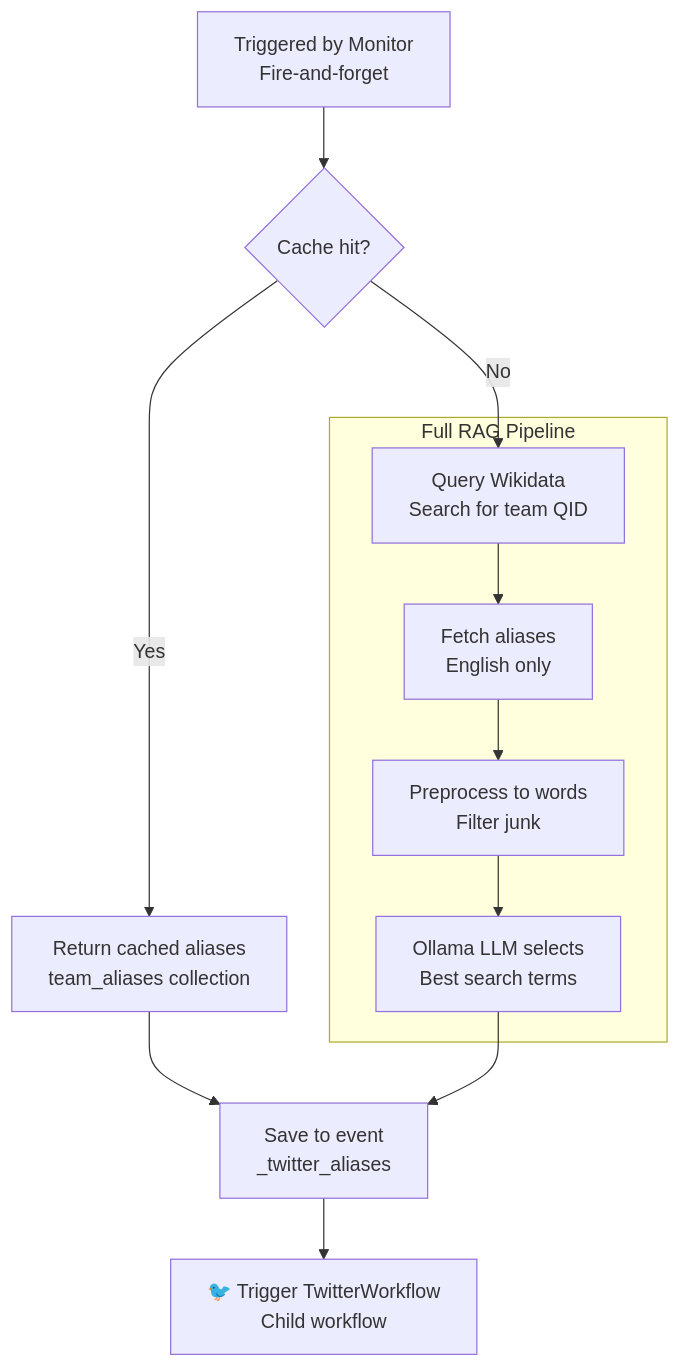
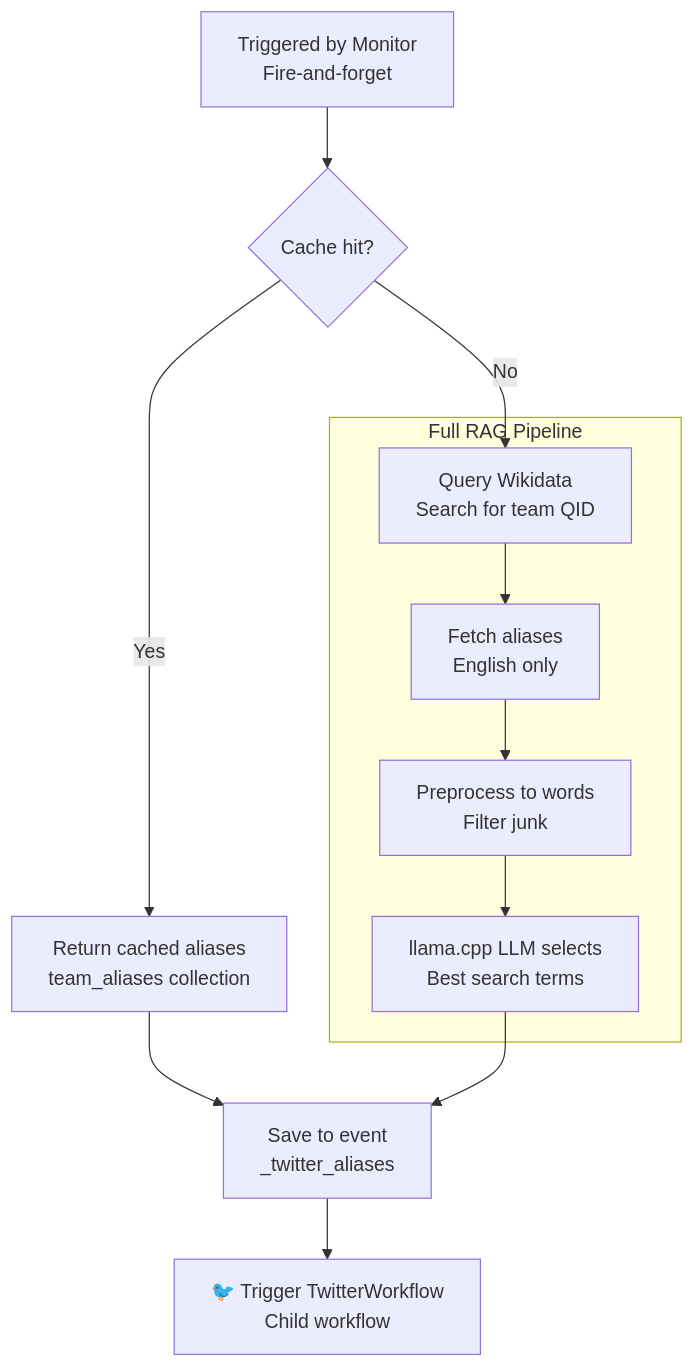
Diagram 11 of 13 in README.md (vedantadhobley/found-footy), drawn with Mermaid before and after one commit. The commit also changed other lines of this file and 20 other files, not shown here.

````diff
--- a/README.md
+++ b/README.md
@@ -520,22 +516,22 @@
 ```mermaid
 flowchart TB
     TRIGGER[Triggered by Monitor<br/>Fire-and-forget]
     
     CACHE{Cache hit?}
     CACHED[Return cached aliases<br/>team_aliases collection]
     
     subgraph RAG["Full RAG Pipeline"]
         WIKI[Query Wikidata<br/>Search for team QID]
         FETCH[Fetch aliases<br/>English only]
         PREPROCESS[Preprocess to words<br/>Filter junk]
-        LLM[Ollama LLM selects<br/>Best search terms]
+        LLM[llama.cpp LLM selects<br/>Best search terms]
     end
     
     SAVE[Save to event<br/>_twitter_aliases]
     TWITTER[🐦 Trigger TwitterWorkflow<br/>Child workflow]
     
     TRIGGER --> CACHE
     CACHE -->|Yes| CACHED --> SAVE
     CACHE -->|No| WIKI --> FETCH --> PREPROCESS --> LLM --> SAVE
     SAVE --> TWITTER
 ```
````
